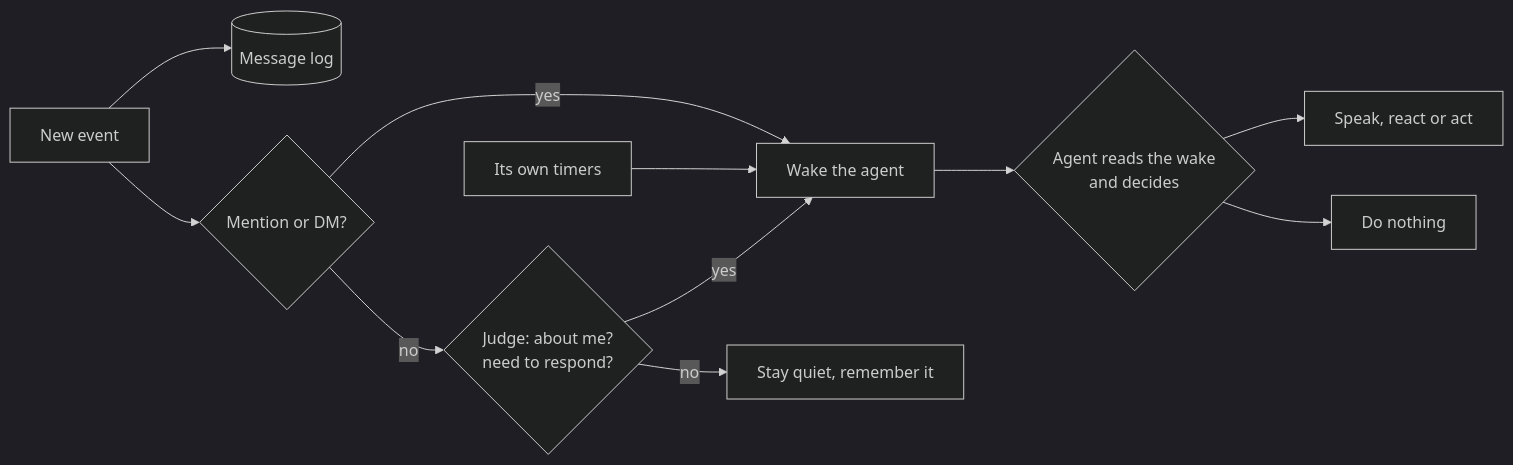
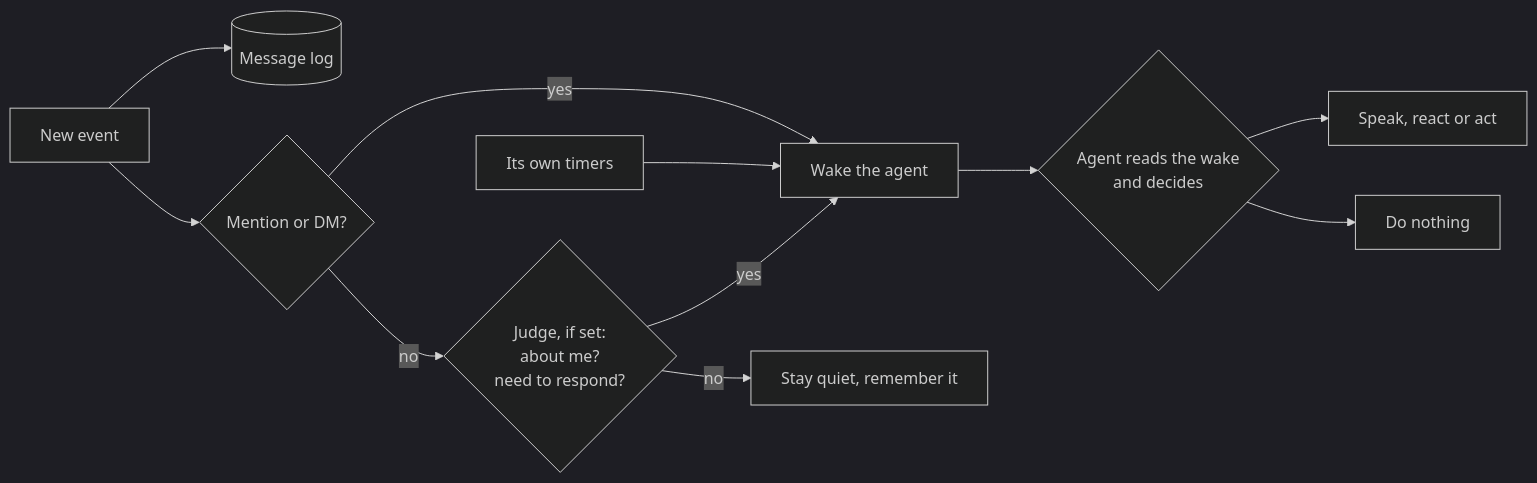
One commit to Crokily/pi-durable-bot changed the first of 2 diagrams in README.md. Above: the diagram before and after it, drawn with Mermaid (dark theme). The commit also changed other lines of this file and 5 other files, not shown here.

````diff
--- a/README.md
+++ b/README.md
@@ -177,13 +177,13 @@
 ```mermaid
 flowchart LR
   E[New event] --> L[(Message log)]
   E --> M{Mention or DM?}
   M -- yes --> W[Wake the agent]
-  M -- no --> J{Judge: about me?<br/>need to respond?}
+  M -- no --> J{Judge, if set:<br/>about me?<br/>need to respond?}
   J -- yes --> W
   J -- no --> Q[Stay quiet, remember it]
   T[Its own timers] --> W
   W --> A{Agent reads the wake<br/>and decides}
   A --> S[Speak, react or act]
   A --> N[Do nothing]
 ```
````
